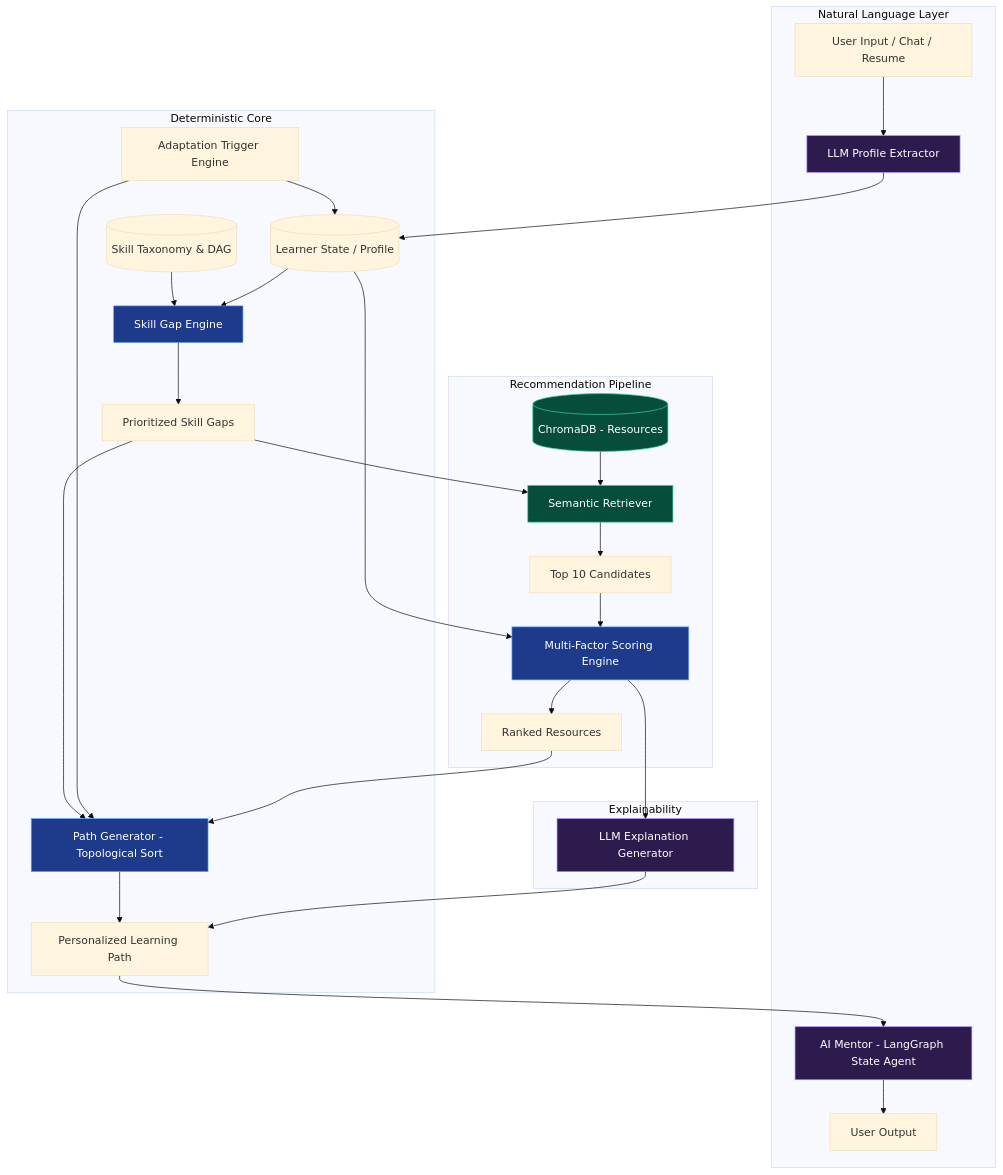
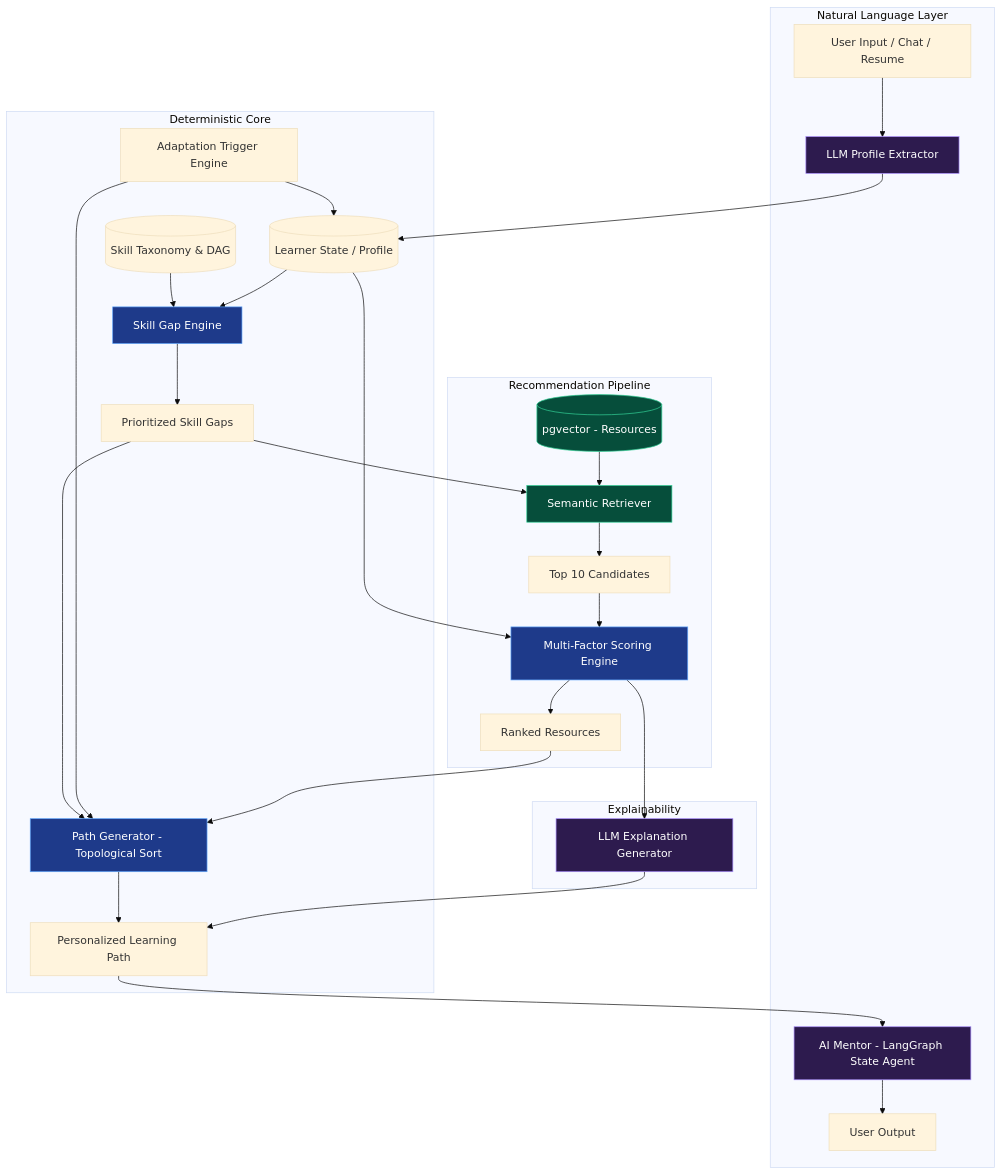
One commit to KeerthiYarashi/PathFinder changed the diagram in md file/AIML_Architecture_PathFinder.md. Above: the diagram before and after it, drawn with Mermaid (base theme). The commit also changed other lines of this file and 7 other files, not shown here.

Commit message:
docs: Update architecture from SQLite/ChromaDB to Supabase/pgvector

````diff
--- a/md file/AIML_Architecture_PathFinder.md
+++ b/md file/AIML_Architecture_PathFinder.md
@@ -176,48 +176,48 @@
 ```mermaid
 graph TD
     subgraph Natural Language Layer
         UI[User Input / Chat / Resume] --> Extractor[LLM Profile Extractor]
         Mentor[AI Mentor - LangGraph State Agent] --> UO[User Output]
     end
 
     subgraph Deterministic Core
         Extractor --> LState[(Learner State / Profile)]
         Tax[(Skill Taxonomy & DAG)] --> SGE[Skill Gap Engine]
         LState --> SGE
         SGE --> PriorityGaps[Prioritized Skill Gaps]
         
         PriorityGaps --> PathGen[Path Generator - Topological Sort]
         PathGen --> FinalPath[Personalized Learning Path]
         
         Adapt[Adaptation Trigger Engine] --> LState
         Adapt --> PathGen
     end
 
     subgraph Recommendation Pipeline
         PriorityGaps --> Retriever[Semantic Retriever]
-        VDB[(ChromaDB - Resources)] --> Retriever
+        VDB[(pgvector - Resources)] --> Retriever
         Retriever --> Candidates[Top 10 Candidates]
         
         Candidates --> Scorer[Multi-Factor Scoring Engine]
         LState --> Scorer
         Scorer --> Ranked[Ranked Resources]
         Ranked --> PathGen
     end
 
     subgraph Explainability
         Scorer --> Explainer[LLM Explanation Generator]
         Explainer --> FinalPath
         FinalPath --> Mentor
     end
     
     style Extractor fill:#2d1b4e,stroke:#a78bfa,color:#fff
     style Mentor fill:#2d1b4e,stroke:#a78bfa,color:#fff
     style Explainer fill:#2d1b4e,stroke:#a78bfa,color:#fff
     
     style SGE fill:#1e3a8a,stroke:#60a5fa,color:#fff
     style PathGen fill:#1e3a8a,stroke:#60a5fa,color:#fff
     style Scorer fill:#1e3a8a,stroke:#60a5fa,color:#fff
     
     style VDB fill:#064e3b,stroke:#34d399,color:#fff
     style Retriever fill:#064e3b,stroke:#34d399,color:#fff
 ```
````
